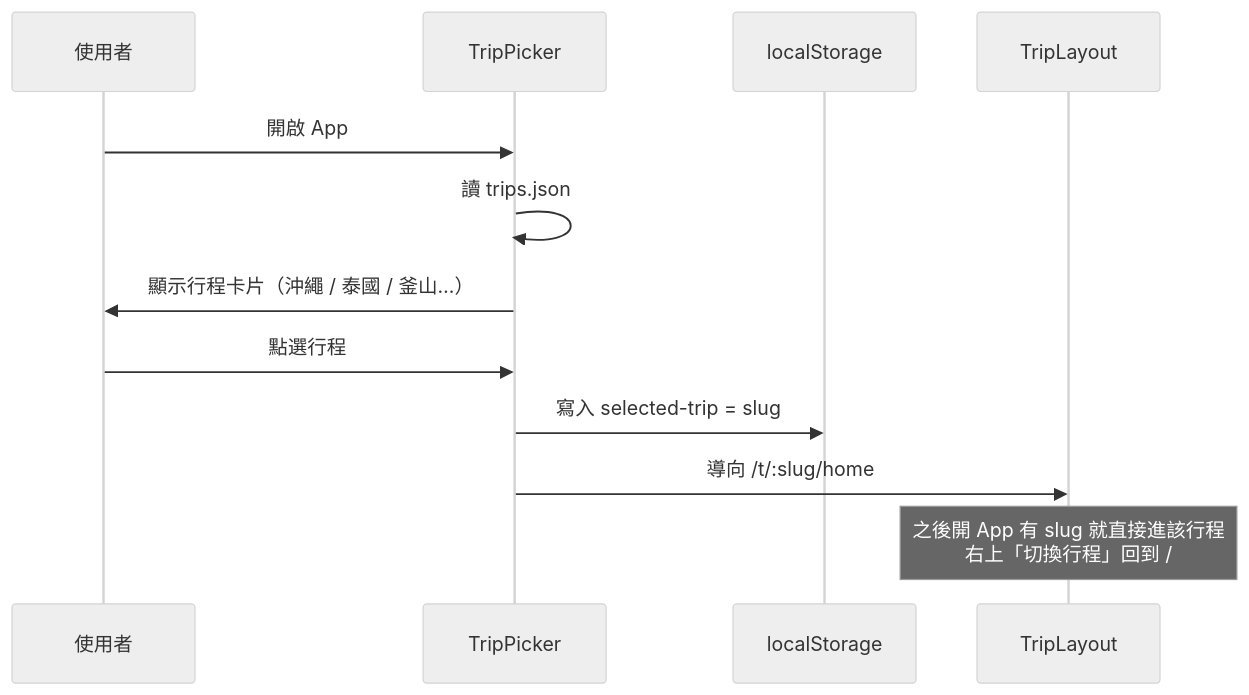
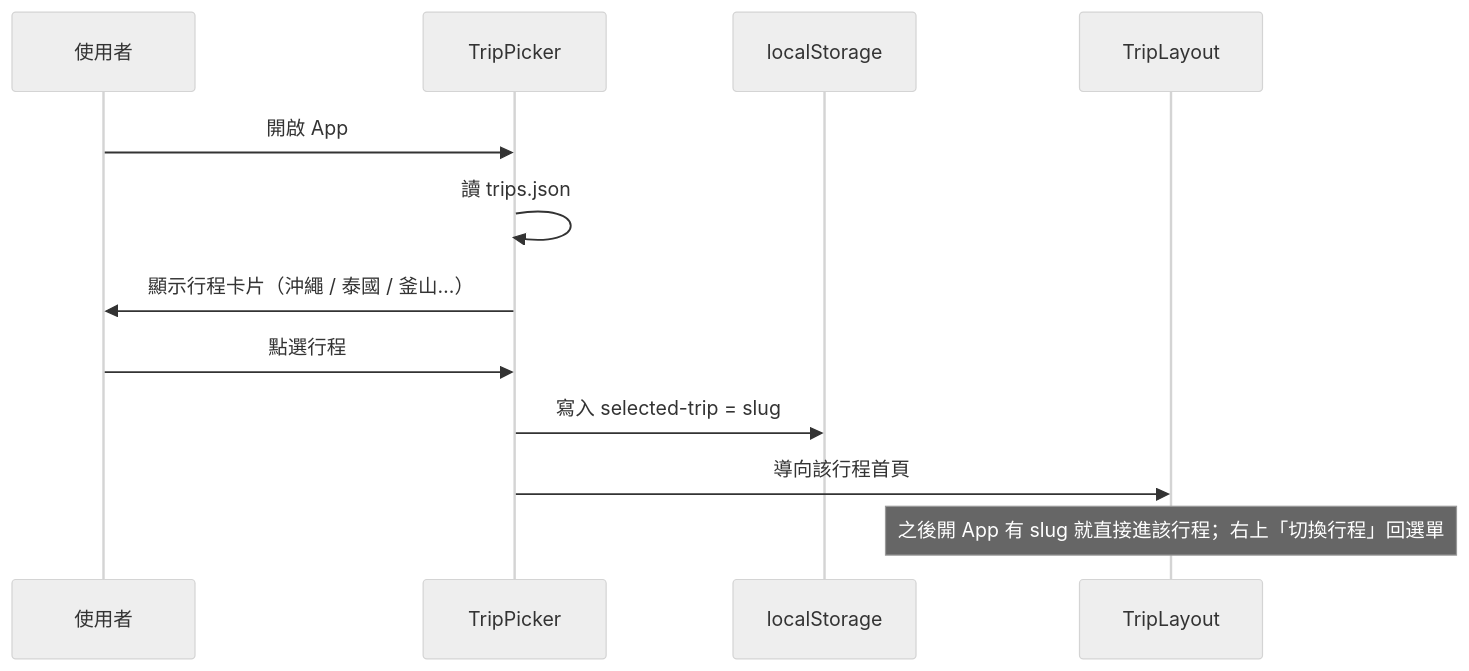
One commit to ChuangAllen/travel-app changed the third of 6 diagrams in README.md. Above: the diagram before and after it, drawn with Mermaid (neutral theme). The commit also changed other lines of this file, not shown here.

Commit message:
Docs: 修正 README mermaid 圖語法（GitHub 無法渲染）

````diff
--- a/README.md
+++ b/README.md
@@ -94,15 +94,15 @@
 ```mermaid
 sequenceDiagram
     participant U as 使用者
     participant TP as TripPicker
     participant LS as localStorage
     participant TL as TripLayout
 
     U->>TP: 開啟 App
     TP->>TP: 讀 trips.json
     TP->>U: 顯示行程卡片（沖繩 / 泰國 / 釜山…）
     U->>TP: 點選行程
     TP->>LS: 寫入 selected-trip = slug
-    TP->>TL: 導向 /t/:slug/home
-    Note over TL: 之後開 App 有 slug 就直接進該行程<br/>右上「切換行程」回到 /
+    TP->>TL: 導向該行程首頁
+    Note over TL: 之後開 App 有 slug 就直接進該行程；右上「切換行程」回選單
 ```
````
